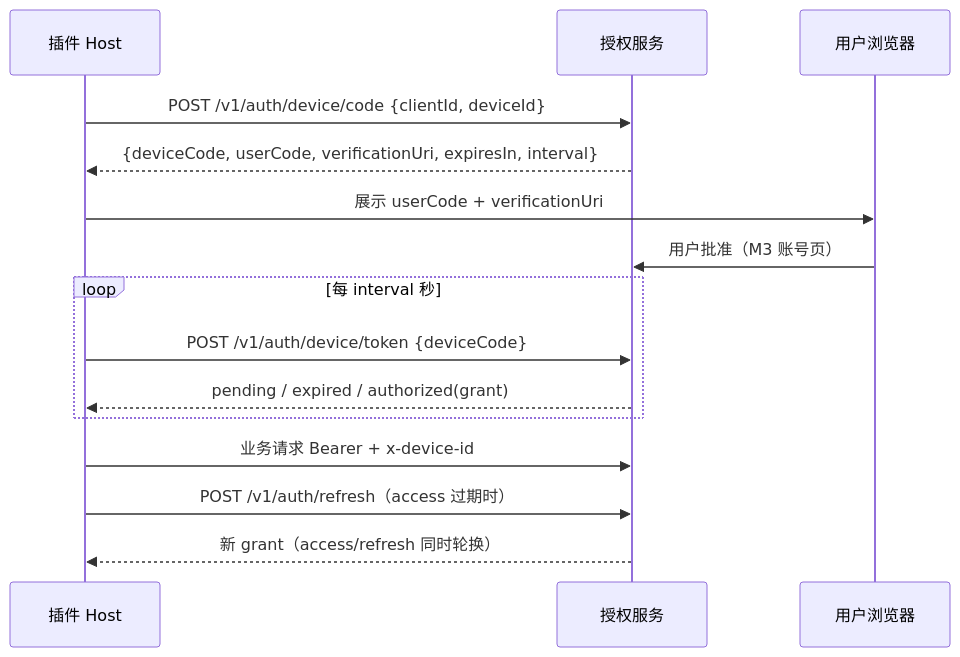
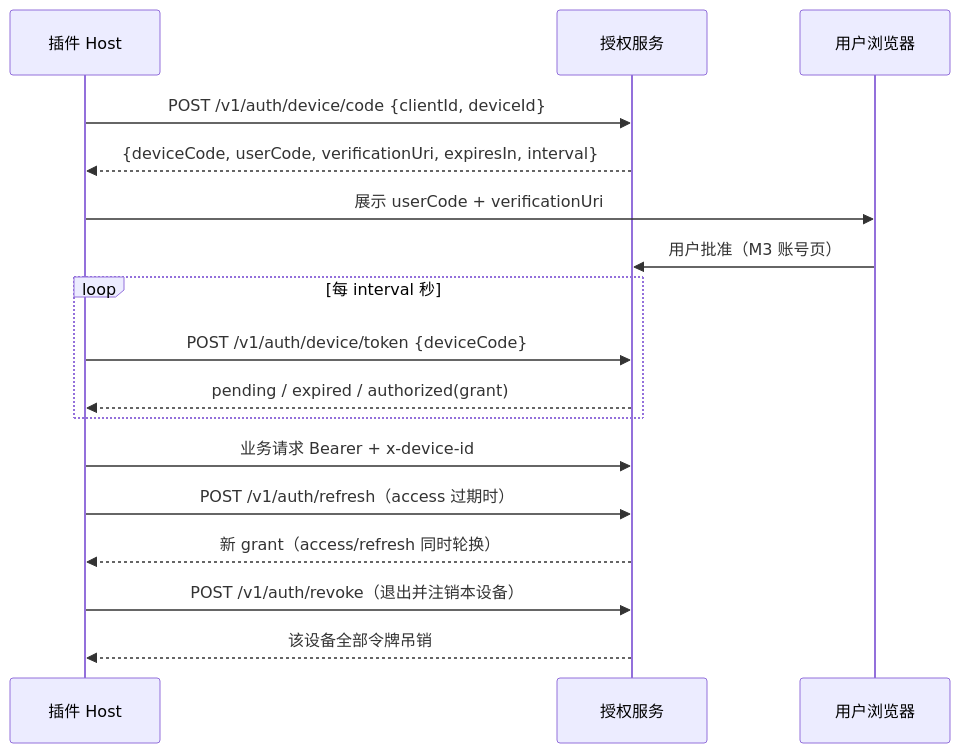
One commit to domonic18/trend-coach-cloud changed the fourth of 4 diagrams in docs/architecture/architecture-design.md. Above: the diagram before and after it, drawn with Mermaid. The commit also changed other lines of this file and 2 other files, not shown here.

````diff
--- a/docs/architecture/architecture-design.md
+++ b/docs/architecture/architecture-design.md
@@ -201,17 +201,19 @@
 ```mermaid
 sequenceDiagram
   participant P as 插件 Host
   participant A as 授权服务
   participant B as 用户浏览器
   P->>A: POST /v1/auth/device/code {clientId, deviceId}
   A-->>P: {deviceCode, userCode, verificationUri, expiresIn, interval}
   P->>B: 展示 userCode + verificationUri
   B->>A: 用户批准（M3 账号页）
   loop 每 interval 秒
     P->>A: POST /v1/auth/device/token {deviceCode}
     A-->>P: pending / expired / authorized(grant)
   end
   P->>A: 业务请求 Bearer + x-device-id
   P->>A: POST /v1/auth/refresh（access 过期时）
   A-->>P: 新 grant（access/refresh 同时轮换）
+  P->>A: POST /v1/auth/revoke（退出并注销本设备）
+  A-->>P: 该设备全部令牌吊销
 ```
````
